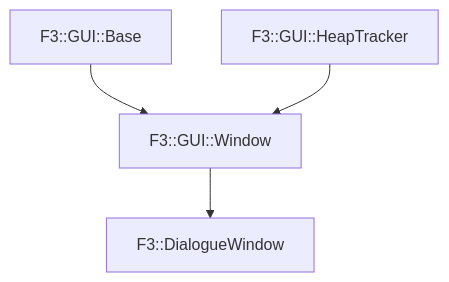
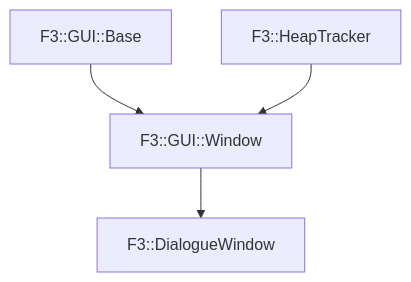
One commit to OpenJE/openje-re changed the diagram in docs/F3/DialogueWindow.md. Above: the diagram before and after it, drawn with Mermaid. The commit also changed other lines of this file and 43 other files, not shown here.

````diff
--- a/docs/F3/DialogueWindow.md
+++ b/docs/F3/DialogueWindow.md
@@ -18,6 +18,6 @@
 ```mermaid
 graph TD;
     F3::GUI::Base --> F3::GUI::Window
-    F3::GUI::HeapTracker --> F3::GUI::Window
+    F3::HeapTracker --> F3::GUI::Window
     F3::GUI::Window --> F3::DialogueWindow
 ```
````
